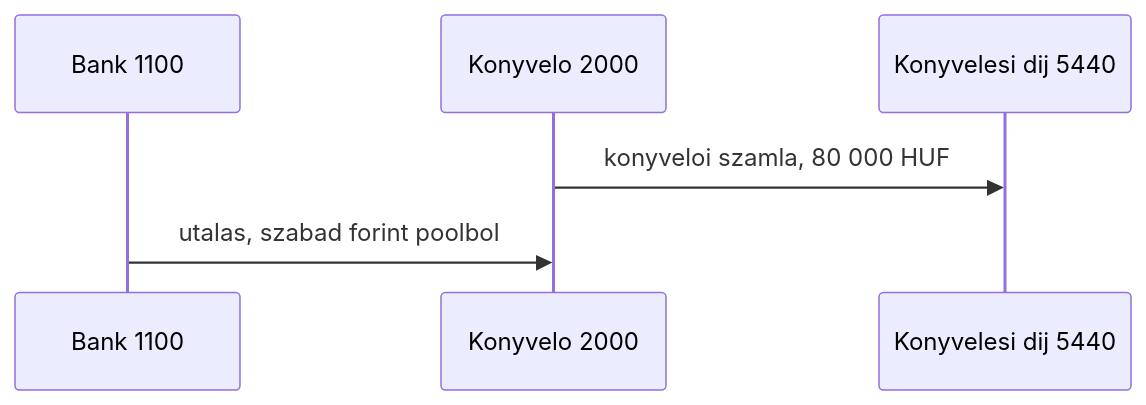
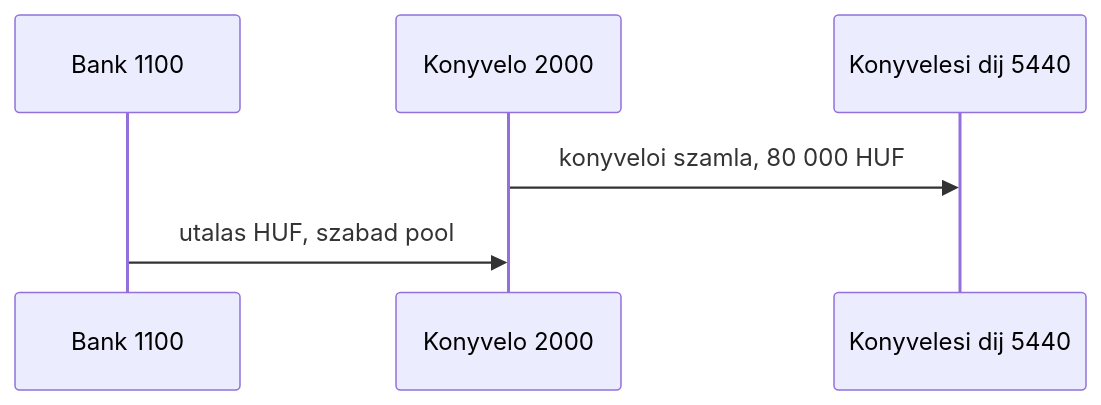
One commit to pitiboy/curr changed diagram 12 of 17 in docs/transaction-workflow.md. Above: the diagram before and after it, drawn with Mermaid. The commit also changed other lines of this file, not shown here.

````diff
--- a/docs/transaction-workflow.md
+++ b/docs/transaction-workflow.md
@@ -537,9 +558,9 @@
 ```mermaid
 sequenceDiagram
   participant Bank as Bank 1100
   participant Szallito as Konyvelo 2000
   participant Koltseg as Konyvelesi dij 5440
 
   Szallito->>Koltseg: konyveloi szamla, 80 000 HUF
-  Bank->>Szallito: utalas, szabad forint poolbol
+  Bank->>Szallito: utalas HUF, szabad pool
 ```
````
